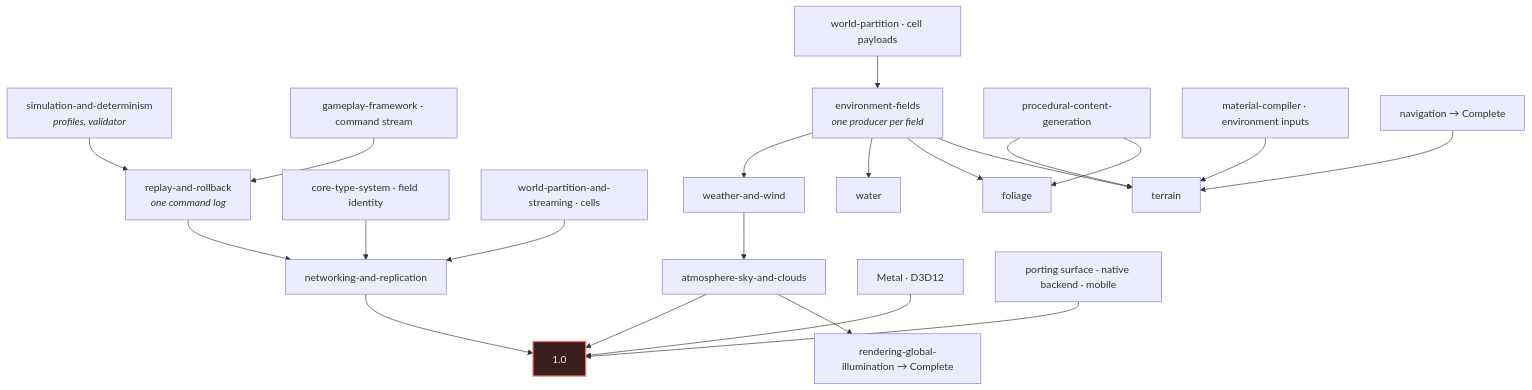
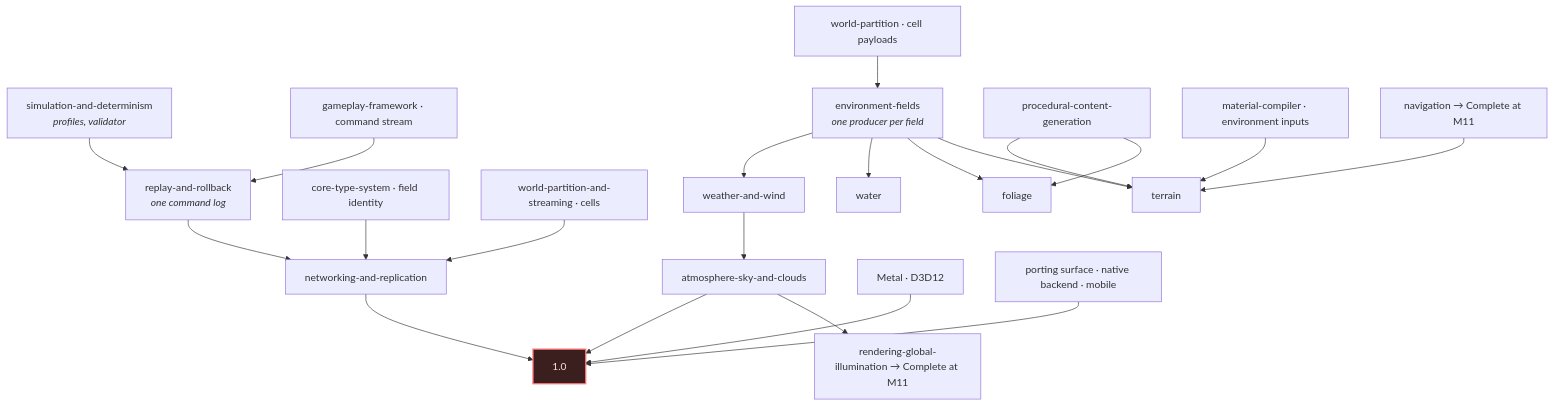
Before and after one commit to CyberdyneCorp/CyberdyneEngine: the fourth of 4 diagrams in docs/roadmap/dependencies.md, drawn with Mermaid. The commit also changed other lines of this file and 69 other files, not shown here.

````diff
--- a/docs/roadmap/dependencies.md
+++ b/docs/roadmap/dependencies.md
@@ -231,29 +231,29 @@
 ```mermaid
 flowchart TB
     DET2["simulation-and-determinism<br/><i>profiles, validator</i>"] --> REPLAY["replay-and-rollback<br/><i>one command log</i>"]
     GF2["gameplay-framework · command stream"] --> REPLAY
     REPLAY --> NET["networking-and-replication"]
     TYPE2["core-type-system · field identity"] --> NET
     WP2["world-partition-and-streaming · cells"] --> NET
 
     FIELDS["environment-fields<br/><i>one producer per field</i>"] --> TERR["terrain"]
     FIELDS --> FOL["foliage"]
     FIELDS --> WATER["water"]
     FIELDS --> WEATH["weather-and-wind"]
     WEATH --> ATMO["atmosphere-sky-and-clouds"]
     PCG["procedural-content-generation"] --> FOL
     PCG --> TERR
     WP3["world-partition · cell payloads"] --> FIELDS
     MC2["material-compiler · environment inputs"] --> TERR
 
-    ATMO --> GI2["rendering-global-illumination → Complete"]
-    NAV2["navigation → Complete"] --> TERR
+    ATMO --> GI2["rendering-global-illumination → Complete at M11"]
+    NAV2["navigation → Complete at M11"] --> TERR
 
     BACKENDS["Metal · D3D12"] --> SHIP["1.0"]
     PORT["porting surface · native backend · mobile"] --> SHIP
     ATMO --> SHIP
     NET --> SHIP
 
     classDef gate fill:#3b1f1f,stroke:#f87171,stroke-width:2px,color:#fee2e2
     class SHIP gate
 ```
````
